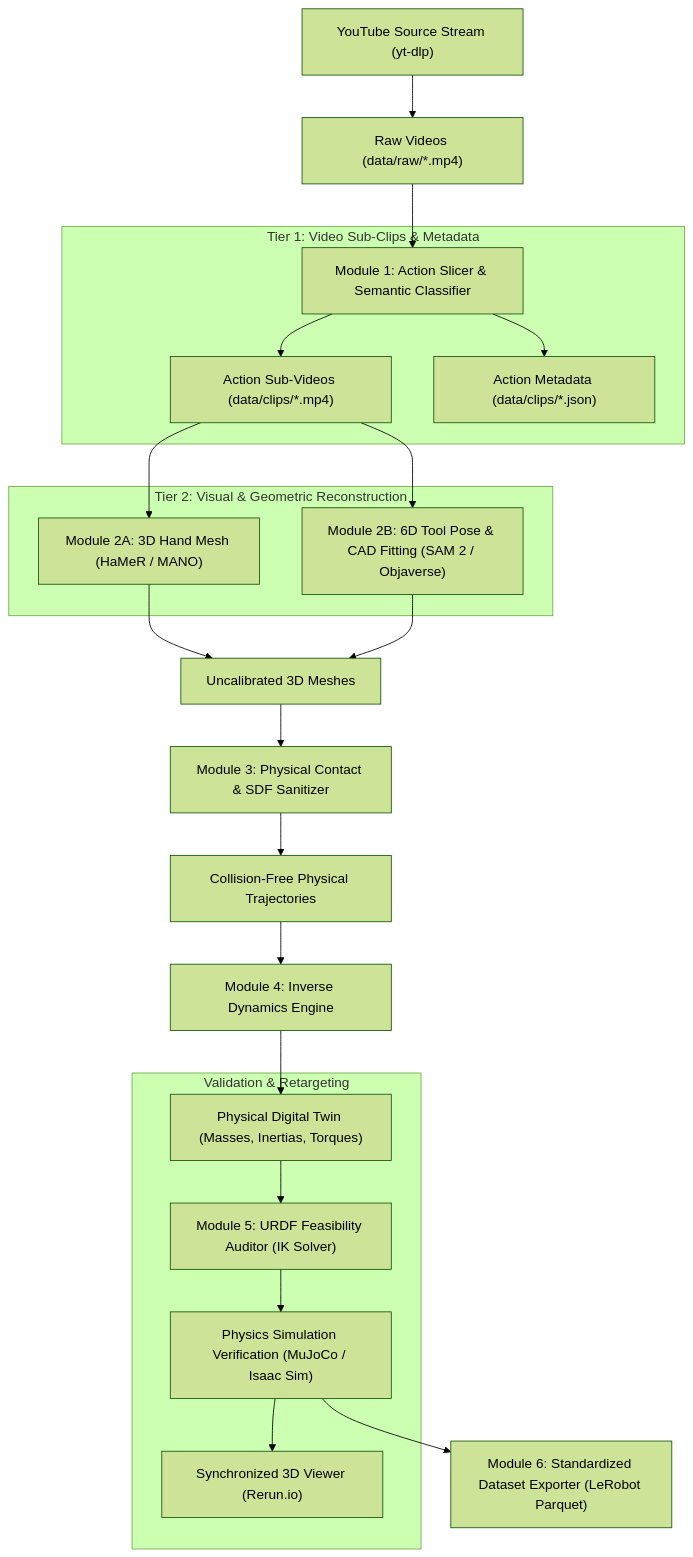
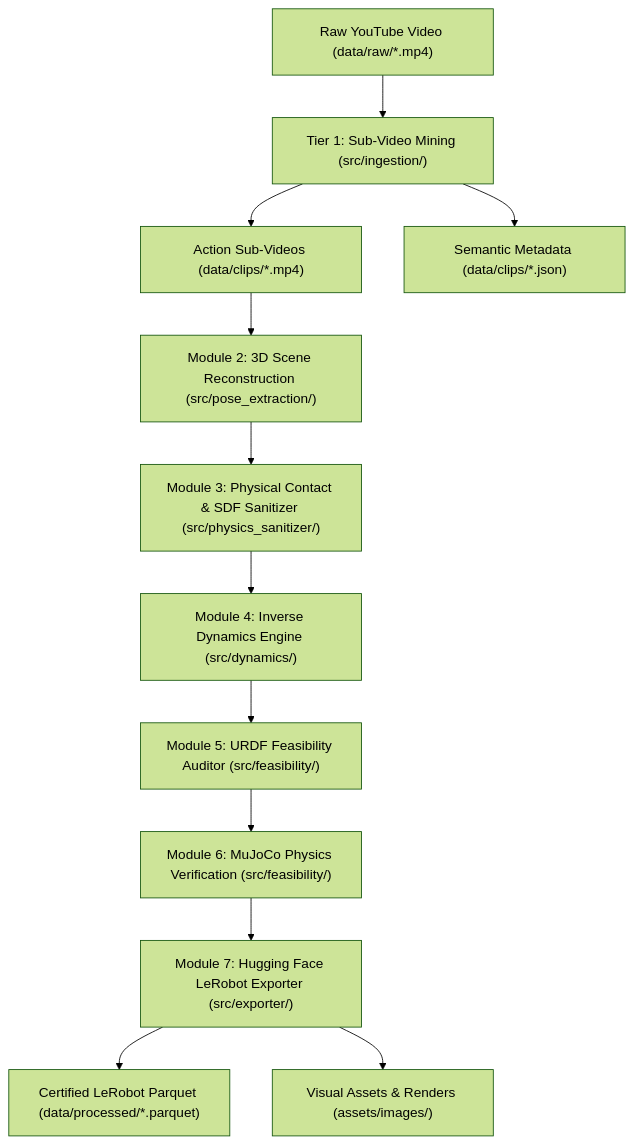
The diagram in doc/architecture.md (silveremartin-dev/Praxis), drawn with Mermaid (forest theme) before and after one commit. The commit also changed other lines of this file and 15 other files, not shown here.

Commit message:
feat: visual assets (JPEGs & 360 GIFs), MuJoCo stability verifier, consolidated docs, and ROI analysis

````diff
--- a/doc/architecture.md
+++ b/doc/architecture.md
@@ -5,32 +28,17 @@
 ```mermaid
 flowchart TD
-    YT["YouTube Source Stream (yt-dlp)"] --> RawVideo["Raw Videos (data/raw/*.mp4)"]
-    RawVideo --> Stage1["Module 1: Action Slicer & Semantic Classifier"]
+    Raw["Raw YouTube Video (data/raw/*.mp4)"] --> Tier1["Tier 1: Sub-Video Mining (src/ingestion/)"]
+    Tier1 --> Clips["Action Sub-Videos (data/clips/*.mp4)"]
+    Tier1 --> Meta["Semantic Metadata (data/clips/*.json)"]
     
-    subgraph "Tier 1: Video Sub-Clips & Metadata"
-        Stage1 --> SubClips["Action Sub-Videos (data/clips/*.mp4)"]
-        Stage1 --> MetadataJSON["Action Metadata (data/clips/*.json)"]
-    end
+    Clips --> Pose["Module 2: 3D Scene Reconstruction (src/pose_extraction/)"]
+    Pose --> SDF["Module 3: Physical Contact & SDF Sanitizer (src/physics_sanitizer/)"]
     
-    subgraph "Tier 2: Visual & Geometric Reconstruction"
-        SubClips --> HandMesh["Module 2A: 3D Hand Mesh (HaMeR / MANO)"]
-        SubClips --> ToolCAD["Module 2B: 6D Tool Pose & CAD Fitting (SAM 2 / Objaverse)"]
-    end
+    SDF --> Dyn["Module 4: Inverse Dynamics Engine (src/dynamics/)"]
+    Dyn --> URDF["Module 5: URDF Feasibility Auditor (src/feasibility/)"]
+    URDF --> Sim["Module 6: MuJoCo Physics Verification (src/feasibility/)"]
     
-    HandMesh --> RawScene["Uncalibrated 3D Meshes"]
-    ToolCAD --> RawScene
-    
-    RawScene --> Stage3["Module 3: Physical Contact & SDF Sanitizer"]
-    Stage3 --> CleanTraj["Collision-Free Physical Trajectories"]
-    
-    CleanTraj --> Stage4["Module 4: Inverse Dynamics Engine"]
-    Stage4 --> PhysicalTwin["Physical Digital Twin (Masses, Inertias, Torques)"]
-    
-    subgraph "Validation & Retargeting"
-        PhysicalTwin --> Stage5["Module 5: URDF Feasibility Auditor (IK Solver)"]
-        Stage5 --> MuJoCoSim["Physics Simulation Verification (MuJoCo / Isaac Sim)"]
-        MuJoCoSim --> RerunViz["Synchronized 3D Viewer (Rerun.io)"]
-    end
-    
-    MuJoCoSim --> Stage6["Module 6: Standardized Dataset Exporter (LeRobot Parquet)"]
+    Sim --> Export["Module 7: Hugging Face LeRobot Exporter (src/exporter/)"]
+    Export --> Parquet["Certified LeRobot Parquet (data/processed/*.parquet)"]
+    Export --> Visuals["Visual Assets & Renders (assets/images/)"]
 ```
````
